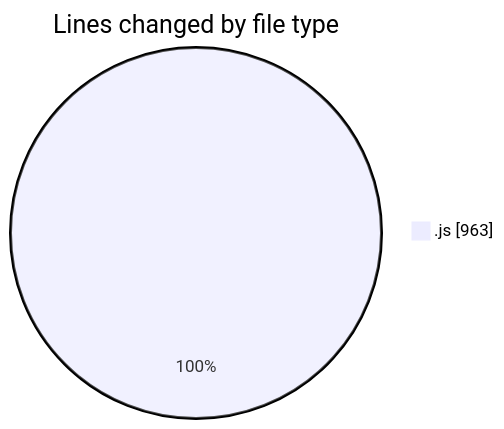
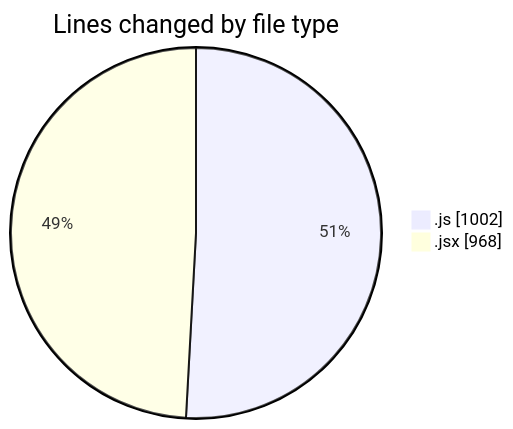
The first of 2 diagrams in 2025-09-18/nxtqube_webapp/README.md (nxtqubesakshisongat/code-tracking), drawn with Mermaid before and after one commit. The commit also changed other lines of this file and 1 other file, not shown here.

````diff
--- a/2025-09-18/nxtqube_webapp/README.md
+++ b/2025-09-18/nxtqube_webapp/README.md
@@ -20,5 +21,6 @@
 ```mermaid
 pie showData
 title Lines changed by file type
-".js" : 963
+".js" : 1002
+".jsx" : 968
 ```
````
